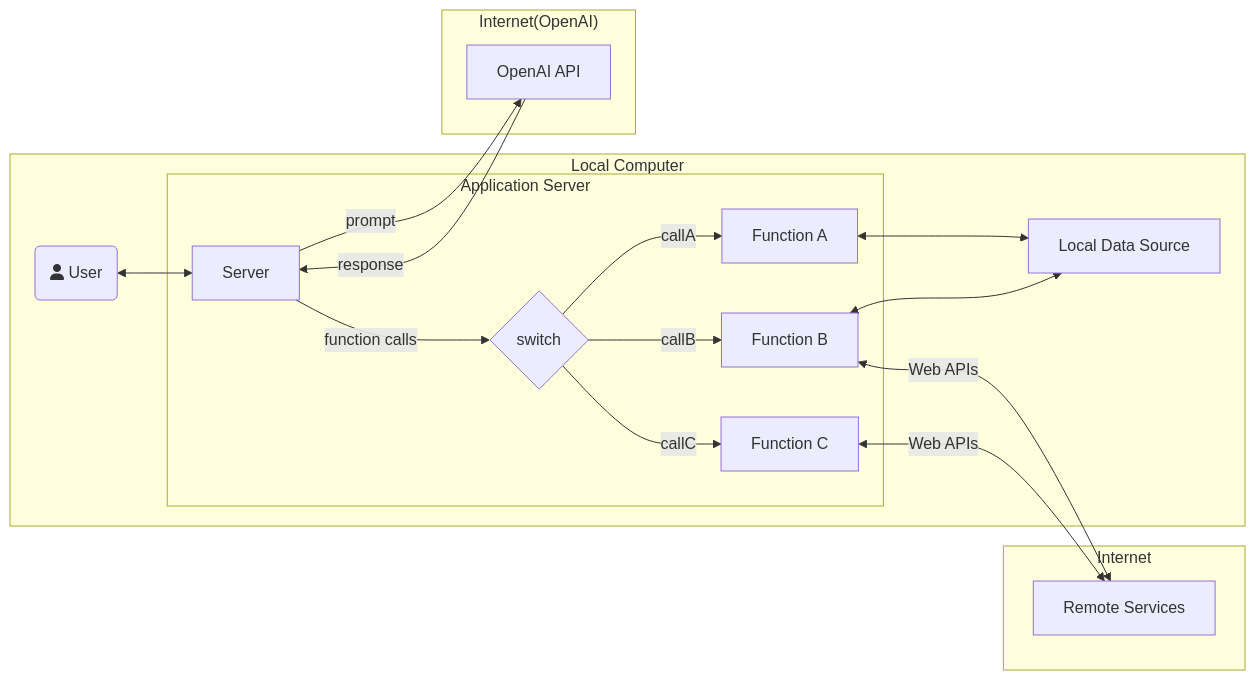
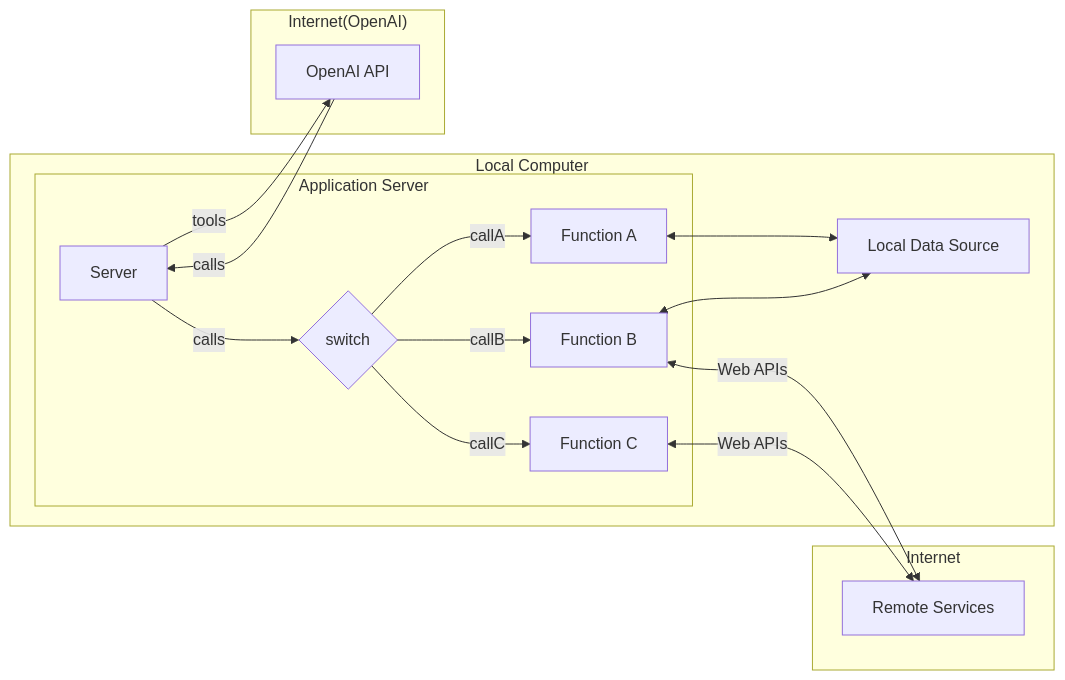
Before and after one commit to Alesion30/mcp-playground: the third of 3 diagrams in README.md, drawn with Mermaid. The commit also changed other lines of this file and 5 other files, not shown here.

````diff
--- a/README.md
+++ b/README.md
@@ -48,36 +125,33 @@
 ```mermaid
 flowchart LR
-  User(fa:fa-user User)
   Server["Server"]
   OpenAI["OpenAI API"]
 
   Function1["Function A"]
   Function2["Function B"]
   Function3["Function C"]
   DB["Local Data Source"]
   Services["Remote Services"]
 
   subgraph Local Computer
-  User <--> Server
-
   subgraph S["Application Server"]
-    Server --> |function calls| Condition{switch}
+    Server --> |calls| Condition{switch}
     Condition --> |callA| Function1
     Condition --> |callB| Function2
     Condition --> |callC| Function3
   end
 
   Function1 <--> DB
   Function2 <--> DB
   end
 
   subgraph "Internet(OpenAI)"
-  Server --> |prompt| OpenAI
-  OpenAI --> |response| Server
+  Server --> |tools| OpenAI
+  OpenAI --> |calls| Server
   end
 
   subgraph Internet
   Function2 <--> |Web APIs| Services
   Function3 <--> |Web APIs| Services
   end
 ```
````
